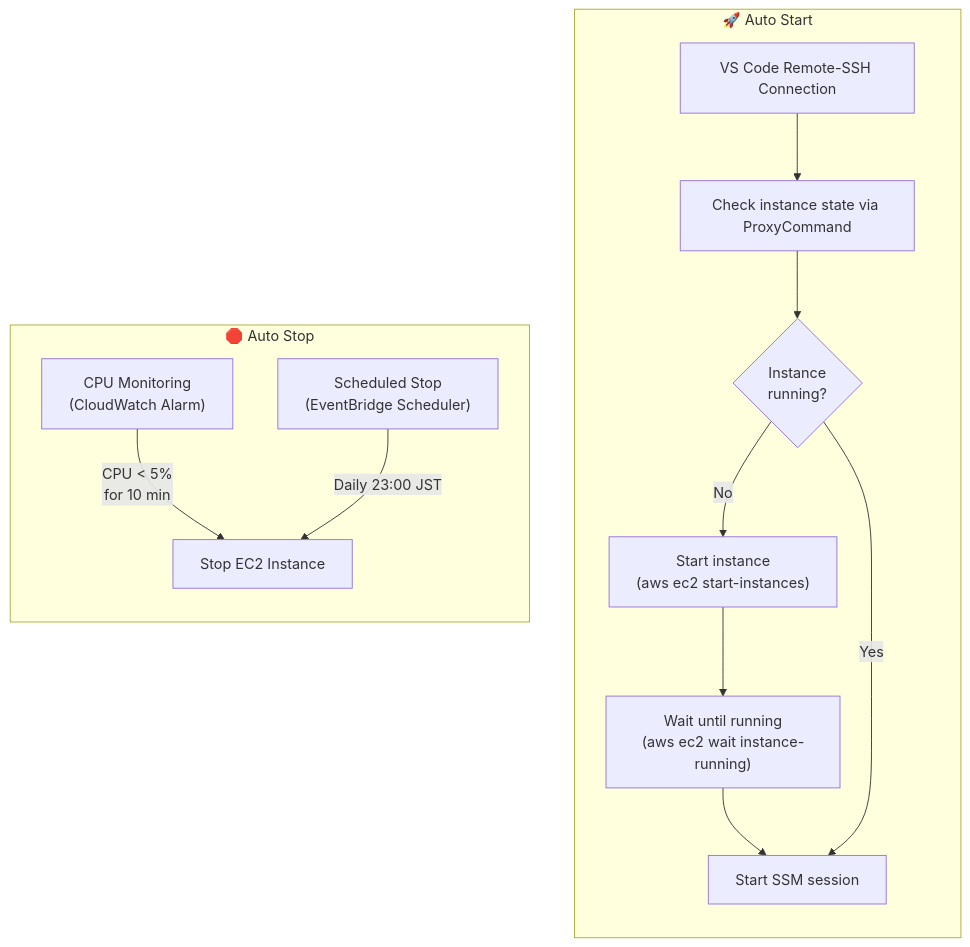
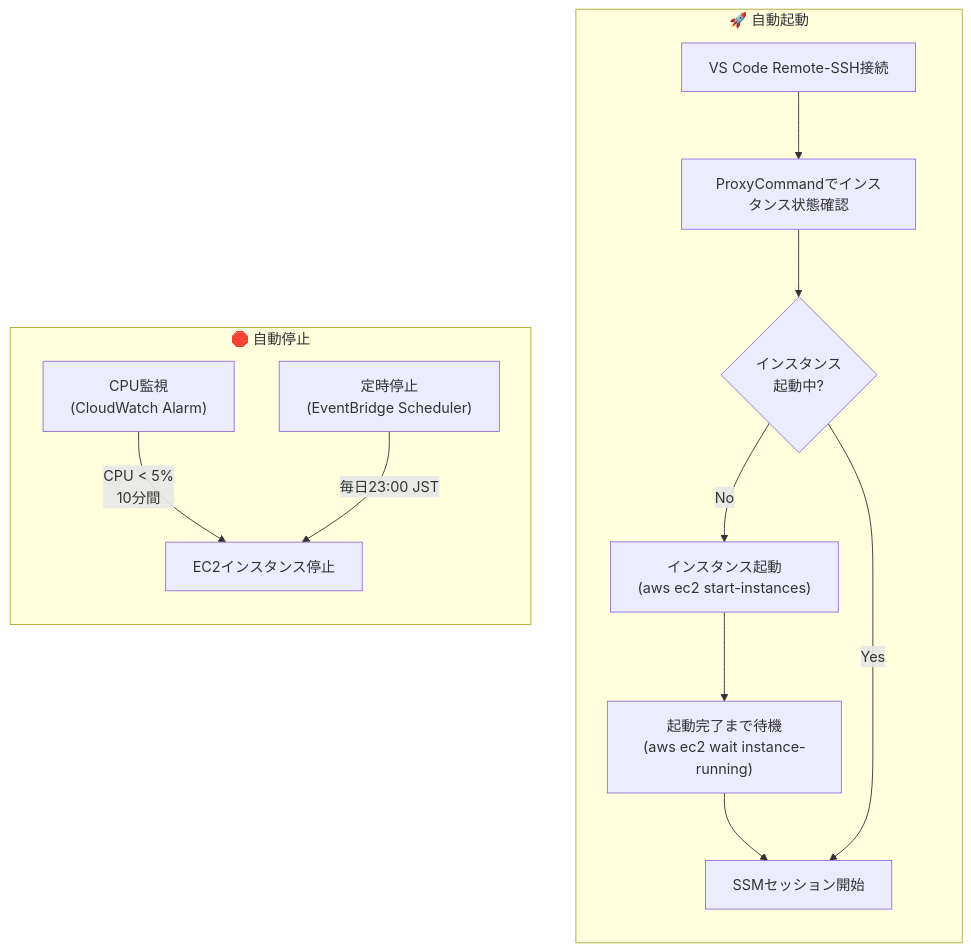
One commit to sukekyo26/ec2-workstation changed the fourth of 4 diagrams in README.md. Above: the diagram before and after it, drawn with Mermaid. The commit also changed other lines of this file and 3 other files, not shown here.

````diff
--- a/README.md
+++ b/README.md
@@ -153,26 +151,26 @@
 ```mermaid
 flowchart TB
-    subgraph AutoStart["🚀 Auto Start"]
+    subgraph AutoStart["🚀 自動起動"]
         direction TB
-        A1["VS Code Remote-SSH Connection"]
-        A2["Check instance state via ProxyCommand"]
-        A3{"Instance<br/>running?"}
-        A4["Start instance<br/>(aws ec2 start-instances)"]
-        A5["Wait until running<br/>(aws ec2 wait instance-running)"]
-        A6["Start SSM session"]
+        A1["VS Code Remote-SSH接続"]
+        A2["ProxyCommandでインスタンス状態確認"]
+        A3{"インスタンス<br/>起動中?"}
+        A4["インスタンス起動<br/>(aws ec2 start-instances)"]
+        A5["起動完了まで待機<br/>(aws ec2 wait instance-running)"]
+        A6["SSMセッション開始"]
 
         A1 --> A2 --> A3
         A3 -->|"No"| A4 --> A5 --> A6
         A3 -->|"Yes"| A6
     end
 
-    subgraph AutoStop["🛑 Auto Stop"]
+    subgraph AutoStop["🛑 自動停止"]
         direction TB
-        B1["CPU Monitoring<br/>(CloudWatch Alarm)"]
-        B2["Scheduled Stop<br/>(EventBridge Scheduler)"]
-        B3["Stop EC2 Instance"]
+        B1["CPU監視<br/>(CloudWatch Alarm)"]
+        B2["定時停止<br/>(EventBridge Scheduler)"]
+        B3["EC2インスタンス停止"]
 
-        B1 -->|"CPU < 5%<br/>for 10 min"| B3
-        B2 -->|"Daily 23:00 JST"| B3
+        B1 -->|"CPU < 5%<br/>10分間"| B3
+        B2 -->|"毎日23:00 JST"| B3
     end
 ```
````
